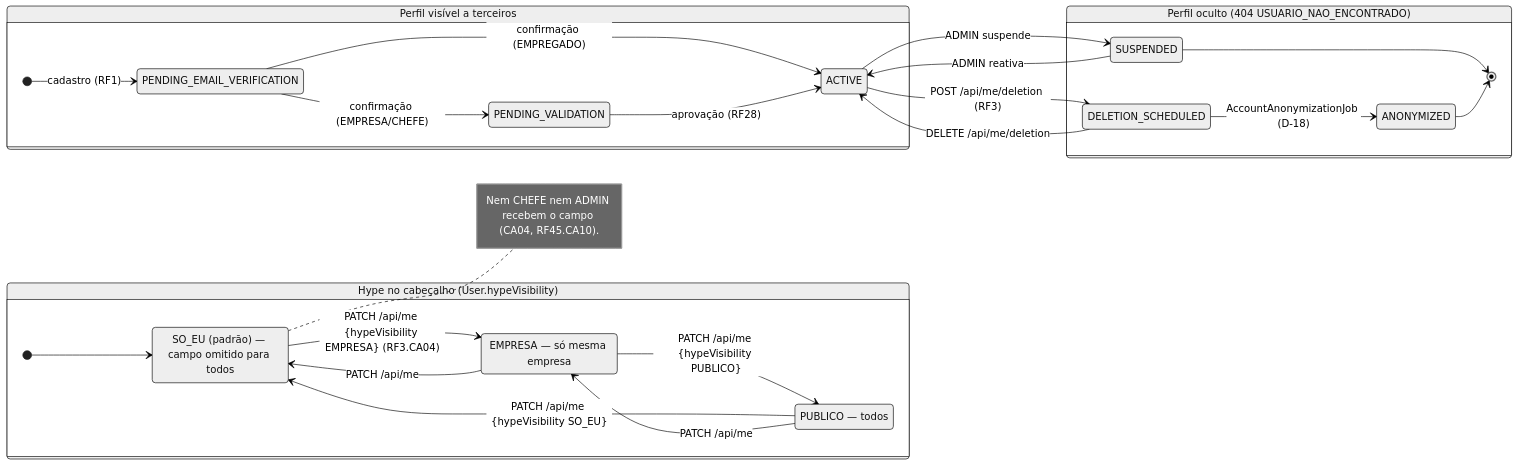
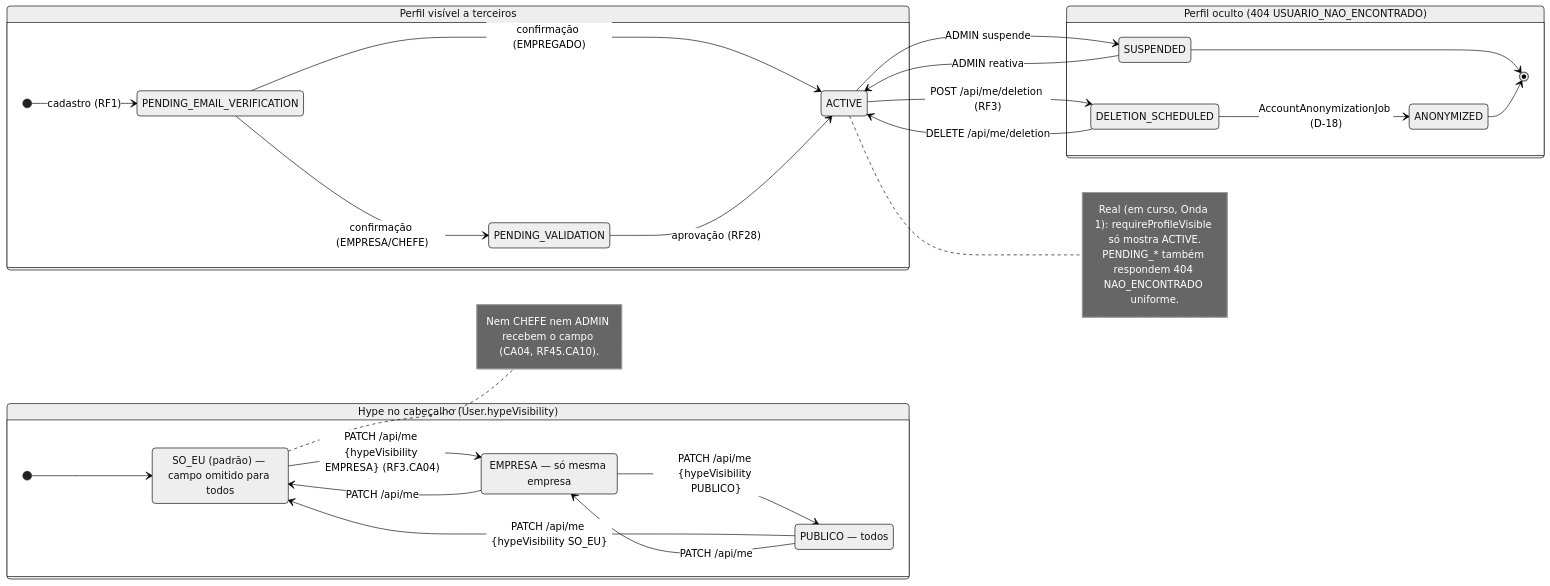
The fourth of 6 diagrams in docs/diagramas/RF16/README.md (MatheusHaliski/Decia-app-2026), drawn with Mermaid (neutral theme) before and after one commit. The commit also changed other lines of this file and 6 other files, not shown here.

First line of the commit message:
docs(diagramas): RF2, RF6, RF14–RF17 com sessão e perfil reais

````diff
--- a/docs/diagramas/RF16/README.md
+++ b/docs/diagramas/RF16/README.md
@@ -378,40 +471,44 @@
 ```mermaid
 stateDiagram-v2
   direction LR
   state "Perfil visível a terceiros" as VIS {
     state "PENDING_EMAIL_VERIFICATION" as PEV
     state "PENDING_VALIDATION" as PV
     state "ACTIVE" as ACT
     [*] --> PEV : cadastro (RF1)
     PEV --> ACT : confirmação (EMPREGADO)
     PEV --> PV : confirmação (EMPRESA/CHEFE)
     PV --> ACT : aprovação (RF28)
   }
   state "Perfil oculto (404 USUARIO_NAO_ENCONTRADO)" as OCU {
     state "SUSPENDED" as SUS
     state "DELETION_SCHEDULED" as DEL
     state "ANONYMIZED" as ANO
     SUS --> [*]
     DEL --> ANO : AccountAnonymizationJob (D-18)
     ANO --> [*]
   }
+  note right of ACT
+    Real (em curso, Onda 1): requireProfileVisible só mostra ACTIVE.
+    PENDING_* também respondem 404 NAO_ENCONTRADO uniforme.
+  end note
   ACT --> SUS : ADMIN suspende
   SUS --> ACT : ADMIN reativa
   ACT --> DEL : POST /api/me/deletion (RF3)
   DEL --> ACT : DELETE /api/me/deletion
 
   state "Hype no cabeçalho (User.hypeVisibility)" as HYPE {
     state "SO_EU (padrão) — campo omitido para todos" as SOEU
     state "EMPRESA — só mesma empresa" as EMP
     state "PUBLICO — todos" as PUB
     [*] --> SOEU
     SOEU --> EMP : PATCH /api/me {hypeVisibility EMPRESA} (RF3.CA04)
     EMP --> PUB : PATCH /api/me {hypeVisibility PUBLICO}
     PUB --> SOEU : PATCH /api/me {hypeVisibility SO_EU}
     EMP --> SOEU : PATCH /api/me
     PUB --> EMP : PATCH /api/me
   }
   note right of SOEU
     Nem CHEFE nem ADMIN recebem o campo (CA04, RF45.CA10).
   end note
 ```
````
